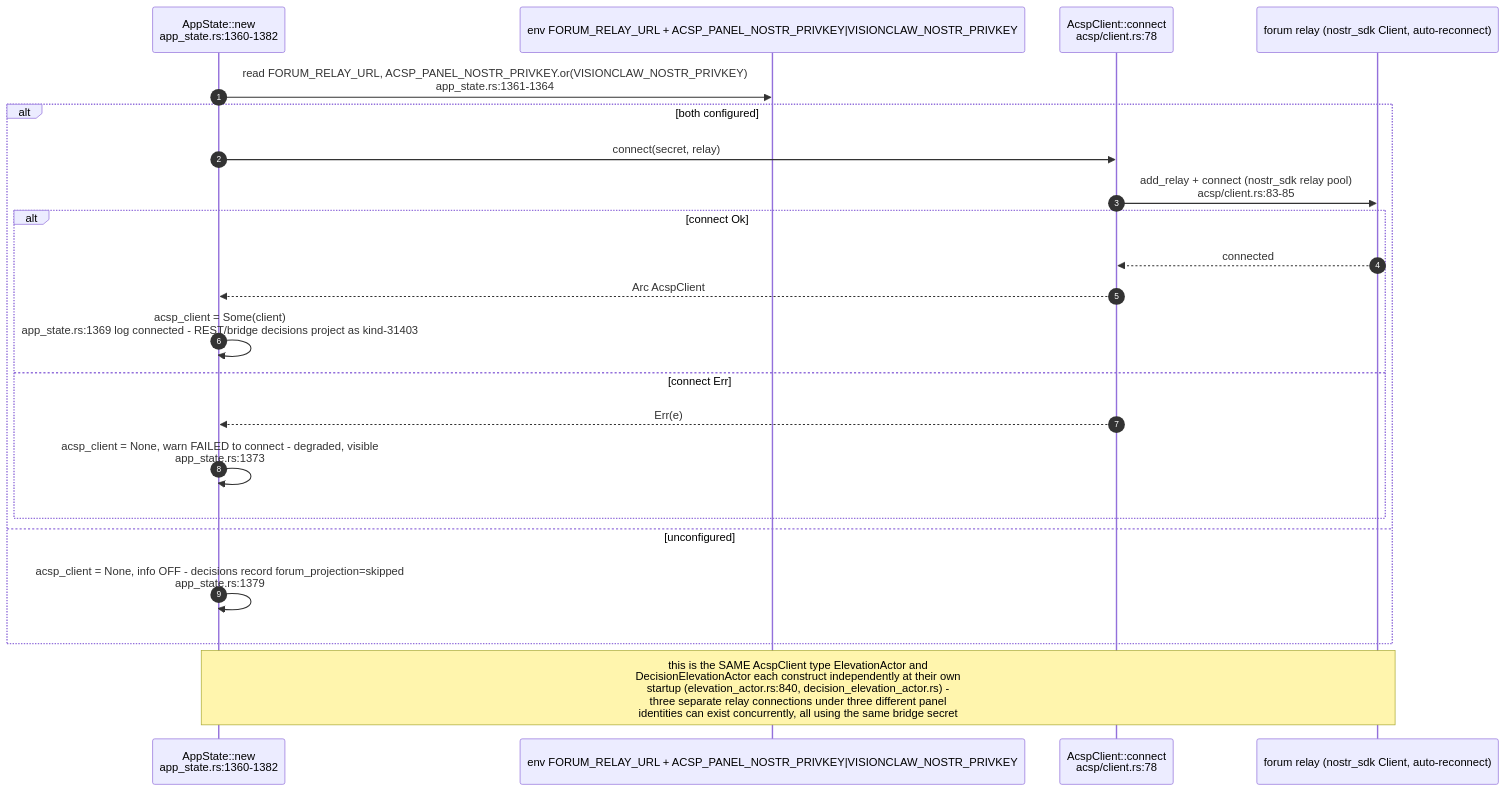
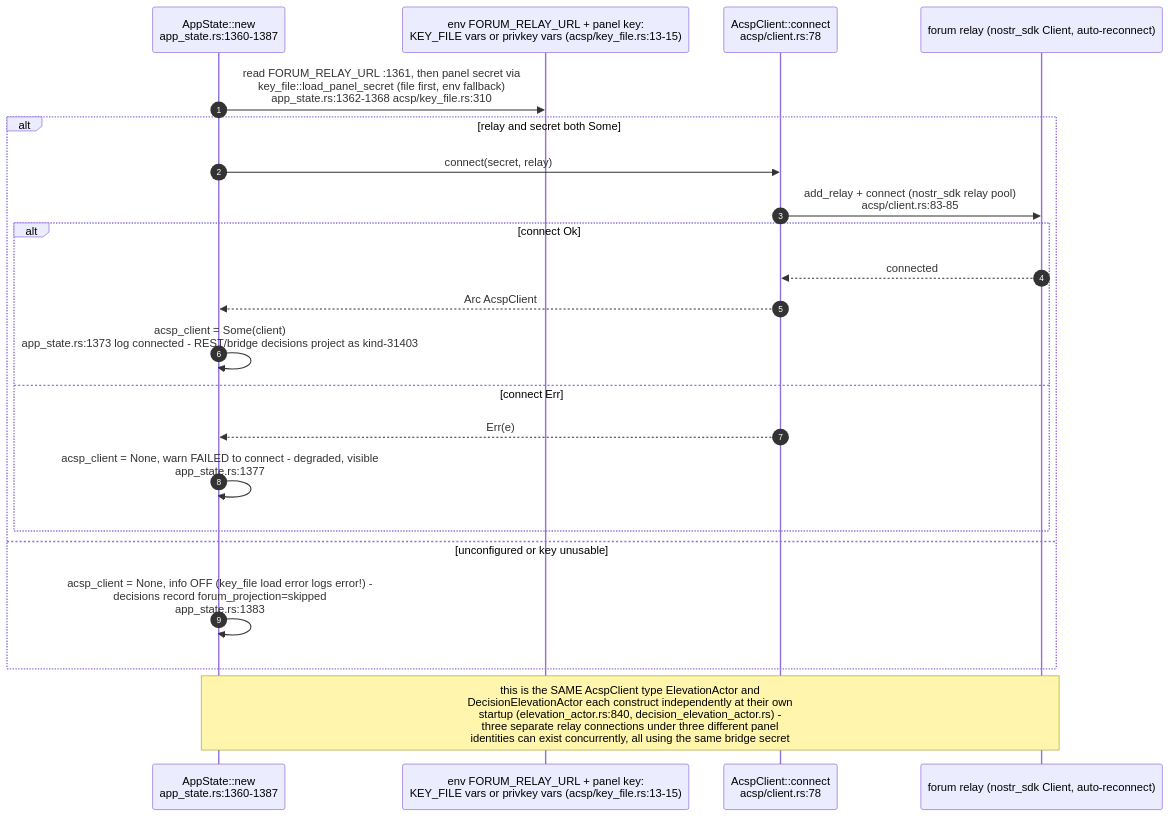
The tenth of 11 diagrams in docs/diagrams/visionclaw/24-acsp-decision-elevation.md (DreamLab-AI/VisionFlow), drawn with Mermaid before and after one commit. The commit also changed other lines of this file and 111 other files, not shown here.

Commit message:
docs(diagrams): align estate maps with current source

````diff
--- a/docs/diagrams/visionclaw/24-acsp-decision-elevation.md
+++ b/docs/diagrams/visionclaw/24-acsp-decision-elevation.md
@@ -366,24 +367,24 @@
 ```mermaid
 sequenceDiagram
     autonumber
-    participant BOOT as AppState::new<br/>app_state.rs:1360-1382
-    participant ENV as env FORUM_RELAY_URL + ACSP_PANEL_NOSTR_PRIVKEY|VISIONCLAW_NOSTR_PRIVKEY
+    participant BOOT as AppState::new<br/>app_state.rs:1360-1387
+    participant ENV as env FORUM_RELAY_URL + panel key:<br/>KEY_FILE vars or privkey vars (acsp/key_file.rs:13-15)
     participant ACSP as AcspClient::connect<br/>acsp/client.rs:78
     participant RELAY as forum relay (nostr_sdk Client, auto-reconnect)
-    BOOT->>ENV: read FORUM_RELAY_URL, ACSP_PANEL_NOSTR_PRIVKEY.or(VISIONCLAW_NOSTR_PRIVKEY)<br/>app_state.rs:1361-1364
-    alt both configured
+    BOOT->>ENV: read FORUM_RELAY_URL :1361, then panel secret via<br/>key_file::load_panel_secret (file first, env fallback)<br/>app_state.rs:1362-1368 acsp/key_file.rs:310
+    alt relay and secret both Some
         BOOT->>ACSP: connect(secret, relay)
         ACSP->>RELAY: add_relay + connect (nostr_sdk relay pool)<br/>acsp/client.rs:83-85
         alt connect Ok
             RELAY-->>ACSP: connected
             ACSP-->>BOOT: Arc AcspClient
-            BOOT->>BOOT: acsp_client = Some(client)<br/>app_state.rs:1369 log connected - REST/bridge decisions project as kind-31403
+            BOOT->>BOOT: acsp_client = Some(client)<br/>app_state.rs:1373 log connected - REST/bridge decisions project as kind-31403
         else connect Err
             ACSP-->>BOOT: Err(e)
-            BOOT->>BOOT: acsp_client = None, warn FAILED to connect - degraded, visible<br/>app_state.rs:1373
+            BOOT->>BOOT: acsp_client = None, warn FAILED to connect - degraded, visible<br/>app_state.rs:1377
         end
-    else unconfigured
-        BOOT->>BOOT: acsp_client = None, info OFF - decisions record forum_projection=skipped<br/>app_state.rs:1379
+    else unconfigured or key unusable
+        BOOT->>BOOT: acsp_client = None, info OFF (key_file load error logs error!) -<br/>decisions record forum_projection=skipped<br/>app_state.rs:1383
     end
     Note over BOOT,RELAY: this is the SAME AcspClient type ElevationActor and<br/>DecisionElevationActor each construct independently at their own<br/>startup (elevation_actor.rs:840, decision_elevation_actor.rs) -<br/>three separate relay connections under three different panel<br/>identities can exist concurrently, all using the same bridge secret
 ```
````
